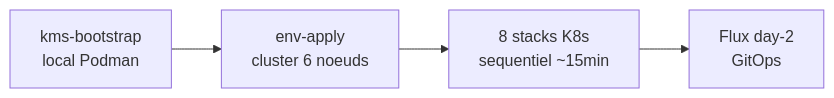
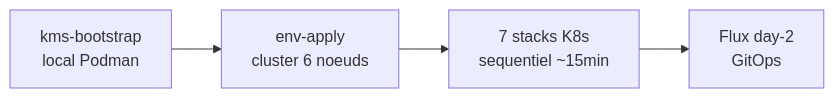
One commit to Destynova2/st4ck changed the diagram in README.md. Above: the diagram before and after it, drawn with Mermaid. The commit also changed other lines of this file and 17 other files, not shown here.

````diff
--- a/README.md
+++ b/README.md
@@ -89,6 +89,6 @@
 ```mermaid
 graph LR
     KMS[kms-bootstrap<br/>local Podman] --> ENV[env-apply<br/>cluster 6 noeuds]
-    ENV --> STACKS[8 stacks K8s<br/>sequentiel ~15min]
+    ENV --> STACKS[7 stacks K8s<br/>sequentiel ~15min]
     STACKS --> FLUX[Flux day-2<br/>GitOps]
 ```
````
